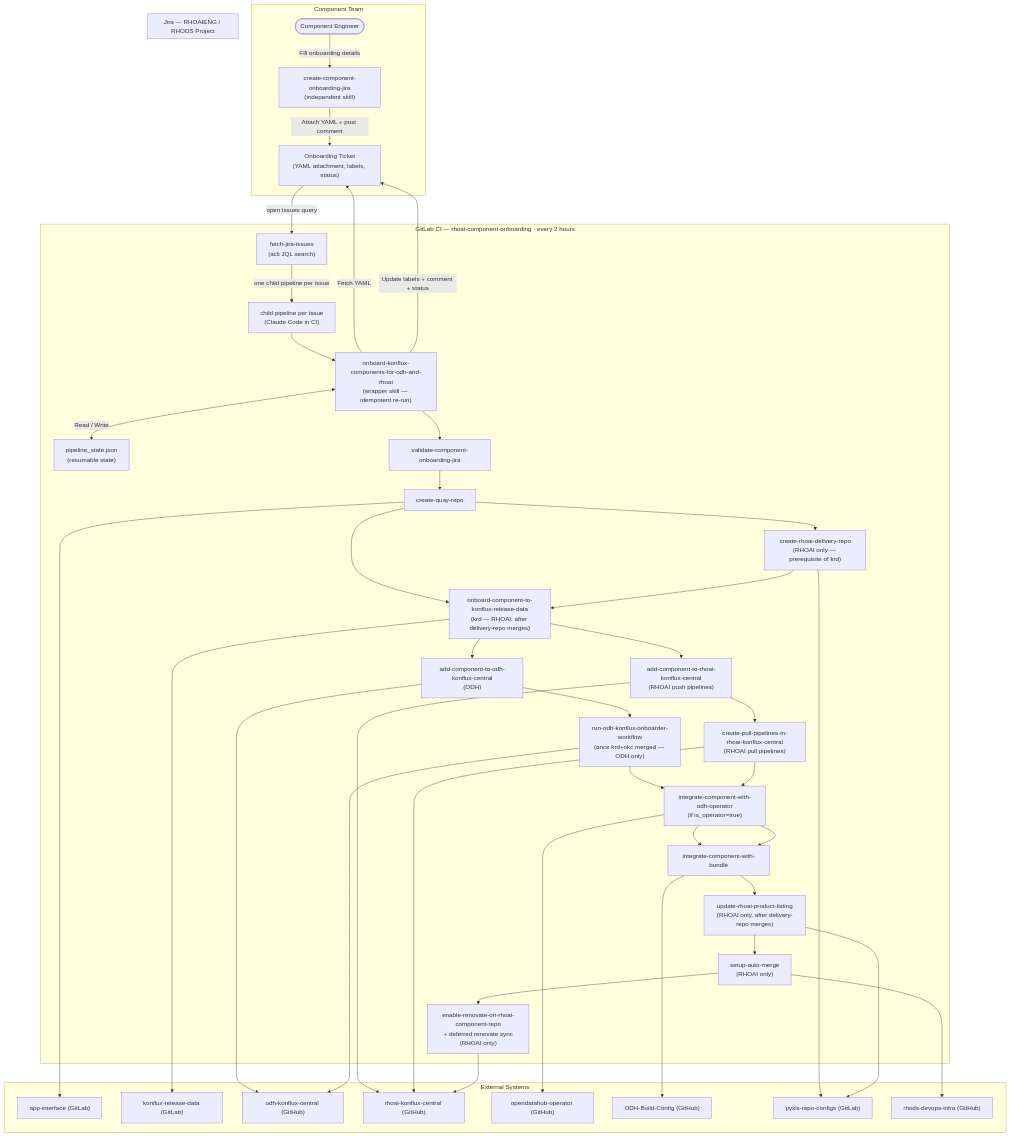
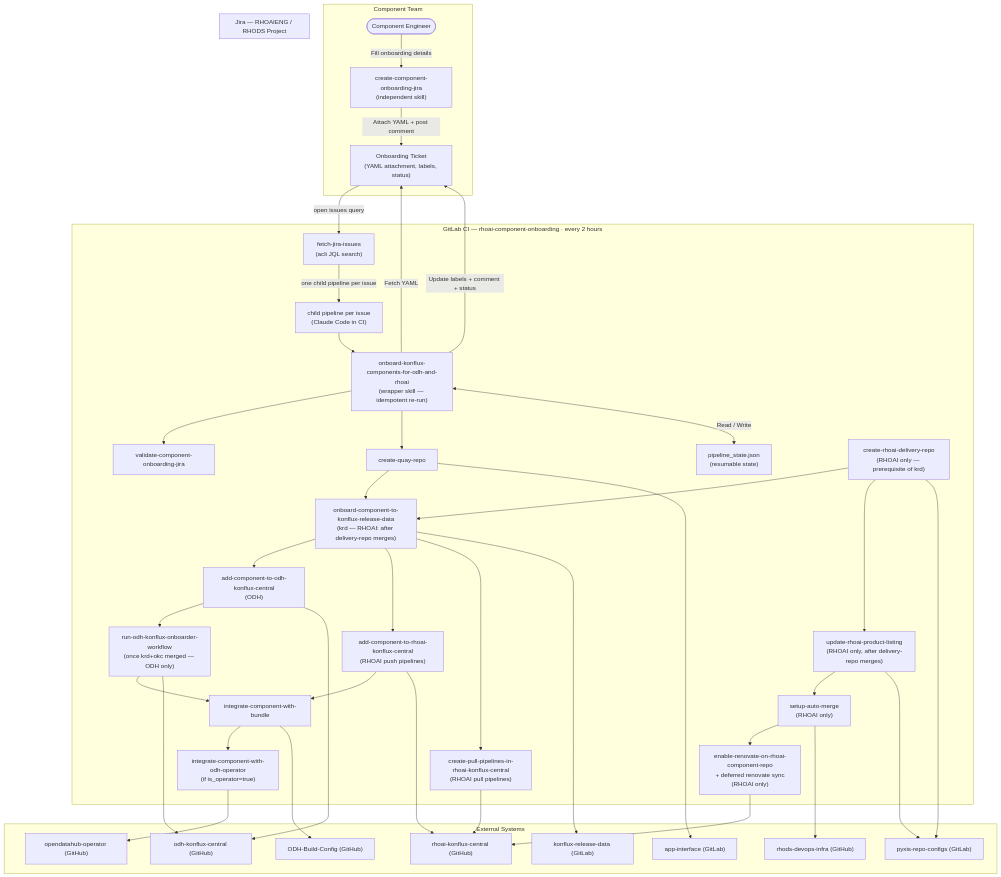
Before and after one commit to jstetina/aiops-infra: the diagram in docs/rfds/odh-component-onboarding/component-onboarding-skill.md, drawn with Mermaid. The commit also changed other lines of this file and 1 other file, not shown here.

Commit message:
updating dependency map:

````diff
--- a/docs/rfds/odh-component-onboarding/component-onboarding-skill.md
+++ b/docs/rfds/odh-component-onboarding/component-onboarding-skill.md
@@ -15,70 +15,78 @@
 ```mermaid
 flowchart TD
     subgraph componentTeam [Component Team]
         CT([Component Engineer])
         createJira["create-component-onboarding-jira\n(independent skill)"]
         CT -->|"Fill onboarding details"| createJira
         createJira -->|"Attach YAML + post comment"| JiraTicket
     end
 
     subgraph ciPipeline [GitLab CI — rhoai-component-onboarding · every 2 hours]
         Fetch["fetch-jira-issues\n(acli JQL search)"]
         ChildPipeline["child pipeline per issue\n(Claude Code in CI)"]
         Wrapper["onboard-konflux-components-for-odh-and-rhoai\n(wrapper skill — idempotent re-run)"]
         State["pipeline_state.json\n(resumable state)"]
 
         S1["validate-component-onboarding-jira"]
         S2["create-quay-repo"]
         S3RHOAI["create-rhoai-delivery-repo\n(RHOAI only — prerequisite of krd)"]
         S4["onboard-component-to-konflux-release-data\n(krd — RHOAI: after delivery-repo merges)"]
         S5ODH["add-component-to-odh-konflux-central\n(ODH)"]
         S5RHOAI["add-component-to-rhoai-konflux-central\n(RHOAI push pipelines)"]
         S5b["create-pull-pipelines-in-rhoai-konflux-central\n(RHOAI pull pipelines)"]
         S6["run-odh-konflux-onboarder-workflow\n(once krd+okc merged — ODH only)"]
         S7["integrate-component-with-odh-operator\n(if is_operator=true)"]
         S8["integrate-component-with-bundle"]
         S9["update-rhoai-product-listing\n(RHOAI only, after delivery-repo merges)"]
         S10["setup-auto-merge\n(RHOAI only)"]
         S11["enable-renovate-on-rhoai-component-repo\n+ deferred renovate sync\n(RHOAI only)"]
 
         Fetch -->|"one child pipeline per issue"| ChildPipeline
         ChildPipeline --> Wrapper
-        Wrapper --> S1 --> S2
+        Wrapper --> S1
+        Wrapper --> S2
         S2 --> S4
-        S2 --> S3RHOAI --> S4
-        S4 --> S5ODH --> S6 --> S7 --> S8
-        S4 --> S5RHOAI --> S5b --> S7 --> S8 --> S9 --> S10 --> S11
+        S3RHOAI --> S4
+        S4 --> S5ODH
+        S4 --> S5RHOAI
+        S4 --> S5b
+        S5ODH --> S6
+        S6 --> S8
+        S5RHOAI --> S8
+        S8 --> S7
+        S3RHOAI --> S9
+        S9 --> S10 --> S11
         Wrapper <-->|"Read / Write"| State
     end
 
     subgraph jiraLayer [Jira — RHOAIENG / RHODS Project]
         JiraTicket["Onboarding Ticket\n(YAML attachment, labels, status)"]
     end
 
     subgraph externalSystems [External Systems]
         AppInterface["app-interface (GitLab)"]
         KonfluxRD["konflux-release-data (GitLab)"]
         ODHKonflux["odh-konflux-central (GitHub)"]
         RHOAIKonflux["rhoai-konflux-central (GitHub)"]
         ODHOperator["opendatahub-operator (GitHub)"]
         ODHBC["ODH-Build-Config (GitHub)"]
         PyxisRepo["pyxis-repo-configs (GitLab)"]
         RHODSInfra["rhods-devops-infra (GitHub)"]
     end
 
     JiraTicket -->|"open issues query"| Fetch
     Wrapper -->|"Fetch YAML"| JiraTicket
     Wrapper -->|"Update labels + comment + status"| JiraTicket
     S2 --> AppInterface
     S3RHOAI --> PyxisRepo
     S4 --> KonfluxRD
     S5ODH --> ODHKonflux
     S5RHOAI --> RHOAIKonflux
     S5b --> RHOAIKonflux
     S6 --> ODHKonflux
     S7 --> ODHOperator
     S8 --> ODHBC
     S9 --> PyxisRepo
     S10 --> RHODSInfra
     S11 --> RHOAIKonflux
 ```
````
